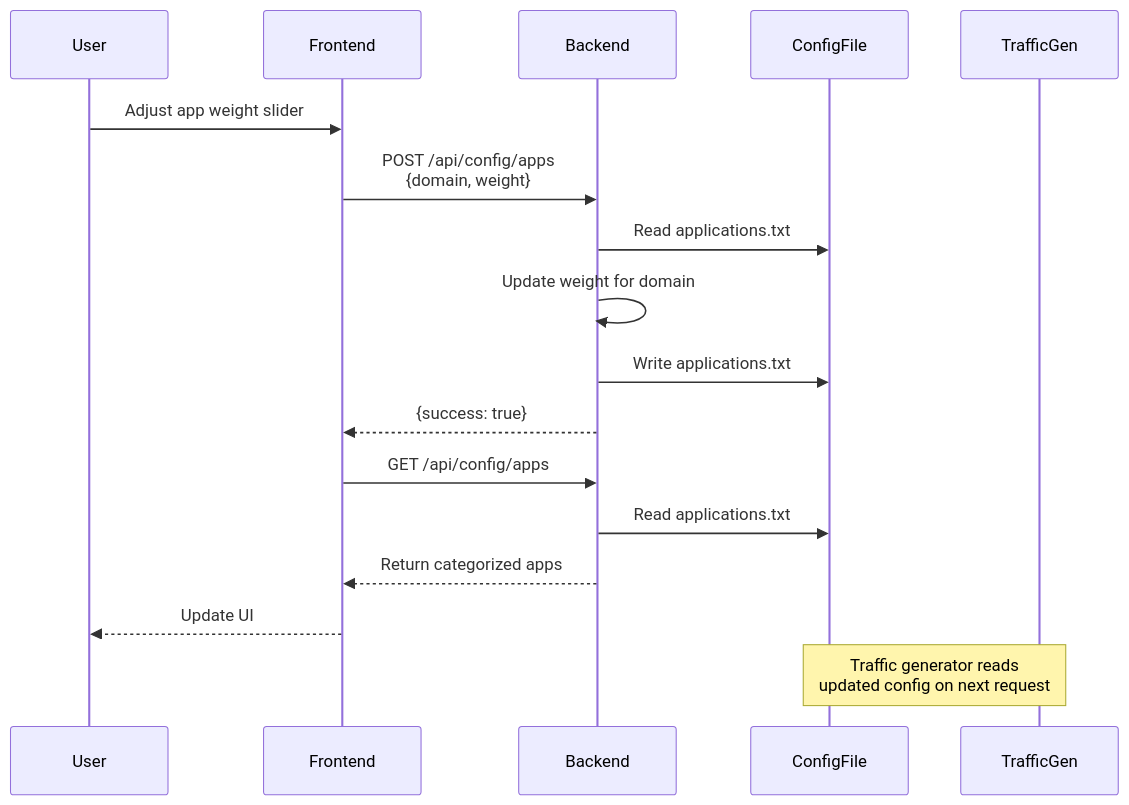
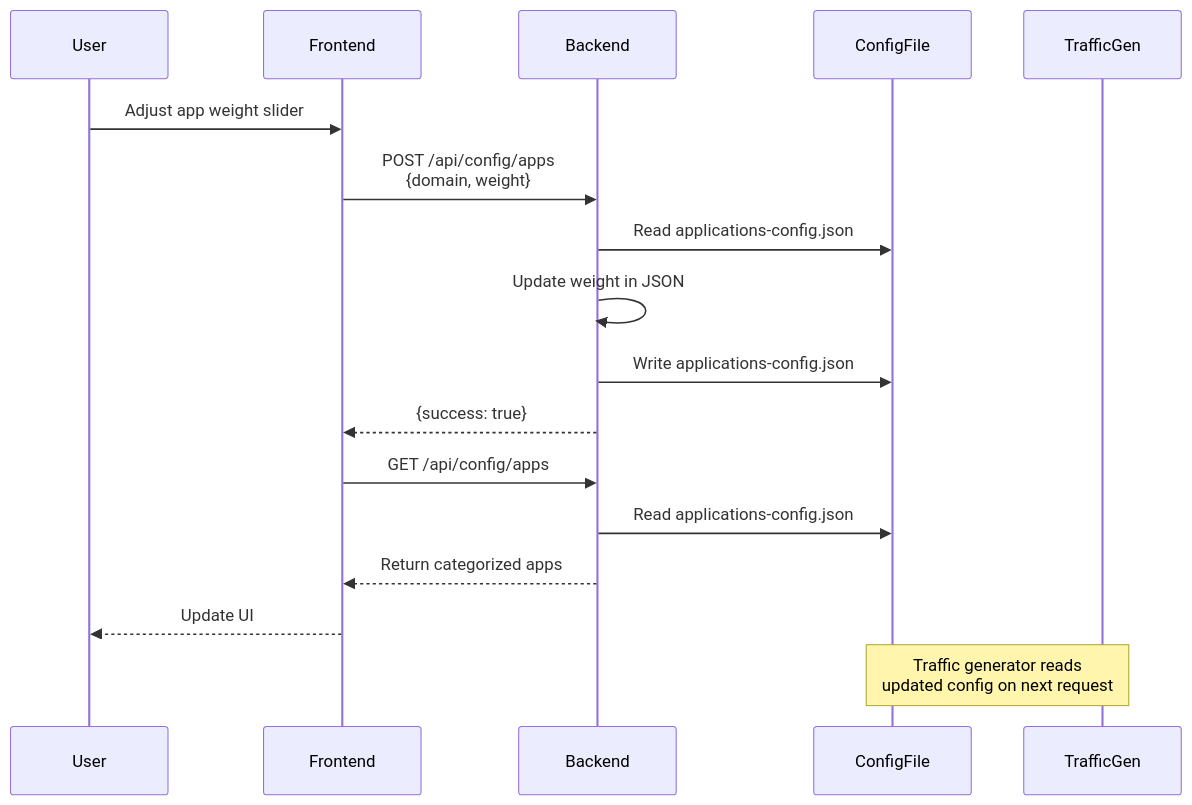
One commit to jsuzanne/sdwan-traffic-generator-web changed the fourth of 4 diagrams in SPECIFICATION.md. Above: the diagram before and after it, drawn with Mermaid. The commit also changed other lines of this file and 10 other files, not shown here.

````diff
--- a/SPECIFICATION.md
+++ b/SPECIFICATION.md
@@ -451,20 +460,20 @@
 ```mermaid
 sequenceDiagram
     participant User
     participant Frontend
     participant Backend
     participant ConfigFile
 
     User->>Frontend: Adjust app weight slider
     Frontend->>Backend: POST /api/config/apps<br/>{domain, weight}
-    Backend->>ConfigFile: Read applications.txt
-    Backend->>Backend: Update weight for domain
-    Backend->>ConfigFile: Write applications.txt
+    Backend->>ConfigFile: Read applications-config.json
+    Backend->>Backend: Update weight in JSON
+    Backend->>ConfigFile: Write applications-config.json
     Backend-->>Frontend: {success: true}
     Frontend->>Backend: GET /api/config/apps
-    Backend->>ConfigFile: Read applications.txt
+    Backend->>ConfigFile: Read applications-config.json
     Backend-->>Frontend: Return categorized apps
     Frontend-->>User: Update UI
     
     Note over ConfigFile,TrafficGen: Traffic generator reads<br/>updated config on next request
 ```
````
